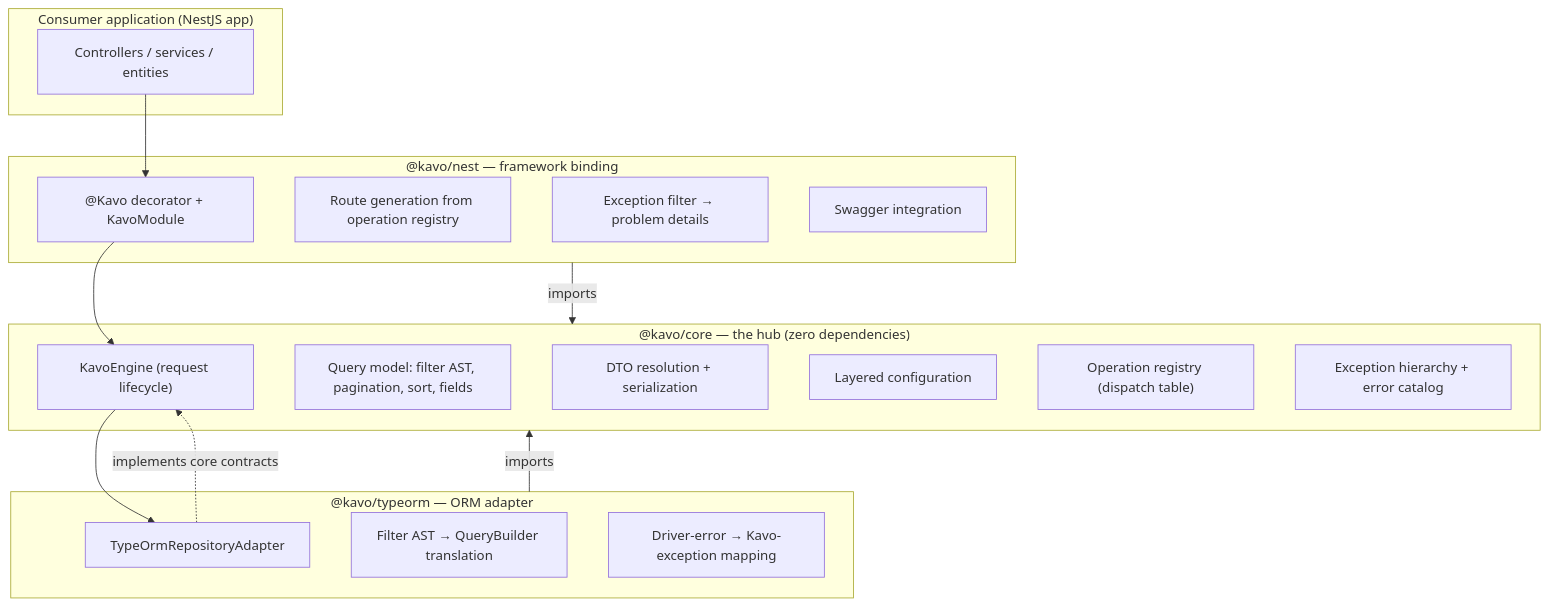
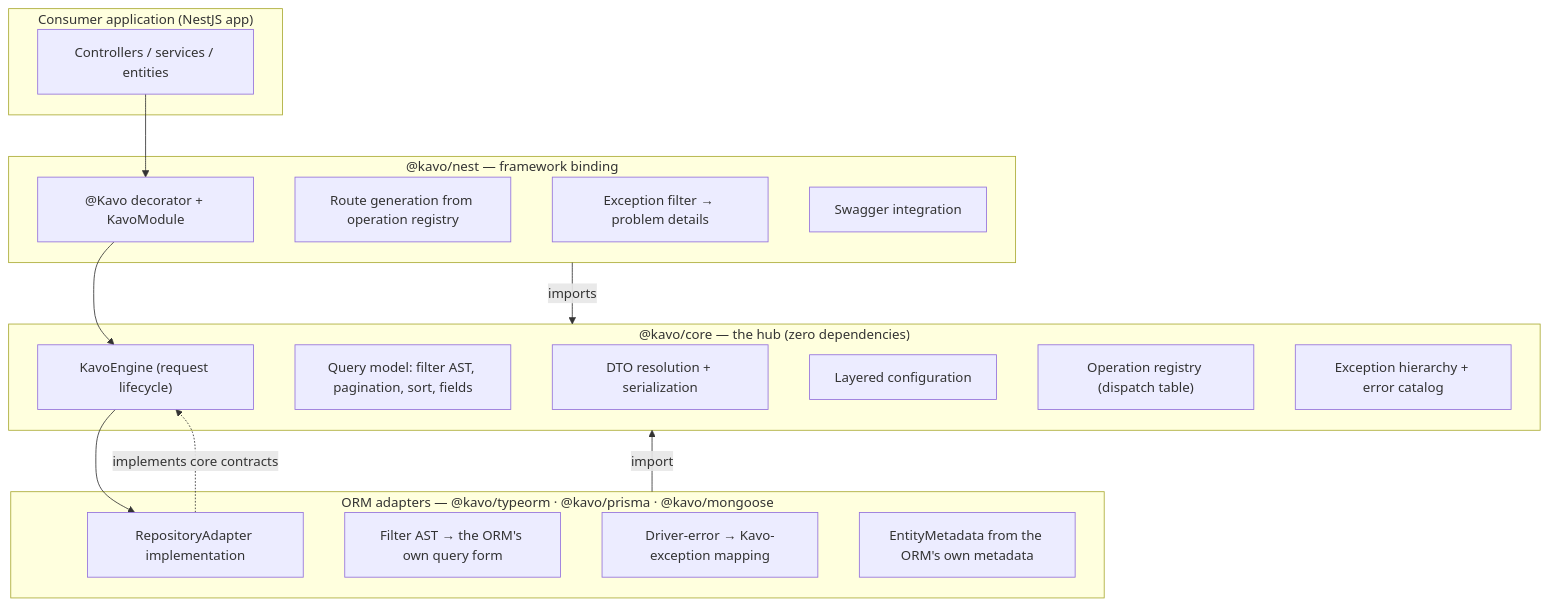
The first of 5 diagrams in docs/architecture/01-system-architecture.md (hosseinsalemi/crudo), drawn with Mermaid before and after one commit. The commit also changed other lines of this file and 4 other files, not shown here.

First line of the commit message:
docs: reflect all three ORM adapters across the architecture docs

````diff
--- a/docs/architecture/01-system-architecture.md
+++ b/docs/architecture/01-system-architecture.md
@@ -17,35 +22,36 @@
 ```mermaid
 flowchart TB
     subgraph consumer["Consumer application (NestJS app)"]
         C[Controllers / services / entities]
     end
 
     subgraph nest["@kavo/nest — framework binding"]
         N1["@Kavo decorator + KavoModule"]
         N2[Route generation from operation registry]
         N3[Exception filter → problem details]
         N4[Swagger integration]
     end
 
     subgraph core["@kavo/core — the hub (zero dependencies)"]
         E["KavoEngine (request lifecycle)"]
         Q[Query model: filter AST, pagination, sort, fields]
         D[DTO resolution + serialization]
         CF[Layered configuration]
         R["Operation registry (dispatch table)"]
         X[Exception hierarchy + error catalog]
     end
 
-    subgraph typeorm["@kavo/typeorm — ORM adapter"]
-        T1[TypeOrmRepositoryAdapter]
-        T2[Filter AST → QueryBuilder translation]
+    subgraph adapters["ORM adapters — @kavo/typeorm · @kavo/prisma · @kavo/mongoose"]
+        T1["RepositoryAdapter implementation"]
+        T2["Filter AST → the ORM's own query form"]
         T3[Driver-error → Kavo-exception mapping]
+        T4["EntityMetadata from the ORM's own metadata"]
     end
 
     C --> N1
     N1 --> E
     E --> T1
     T1 -.->|implements core contracts| E
     nest -->|imports| core
-    typeorm -->|imports| core
+    adapters -->|import| core
 ```
````
